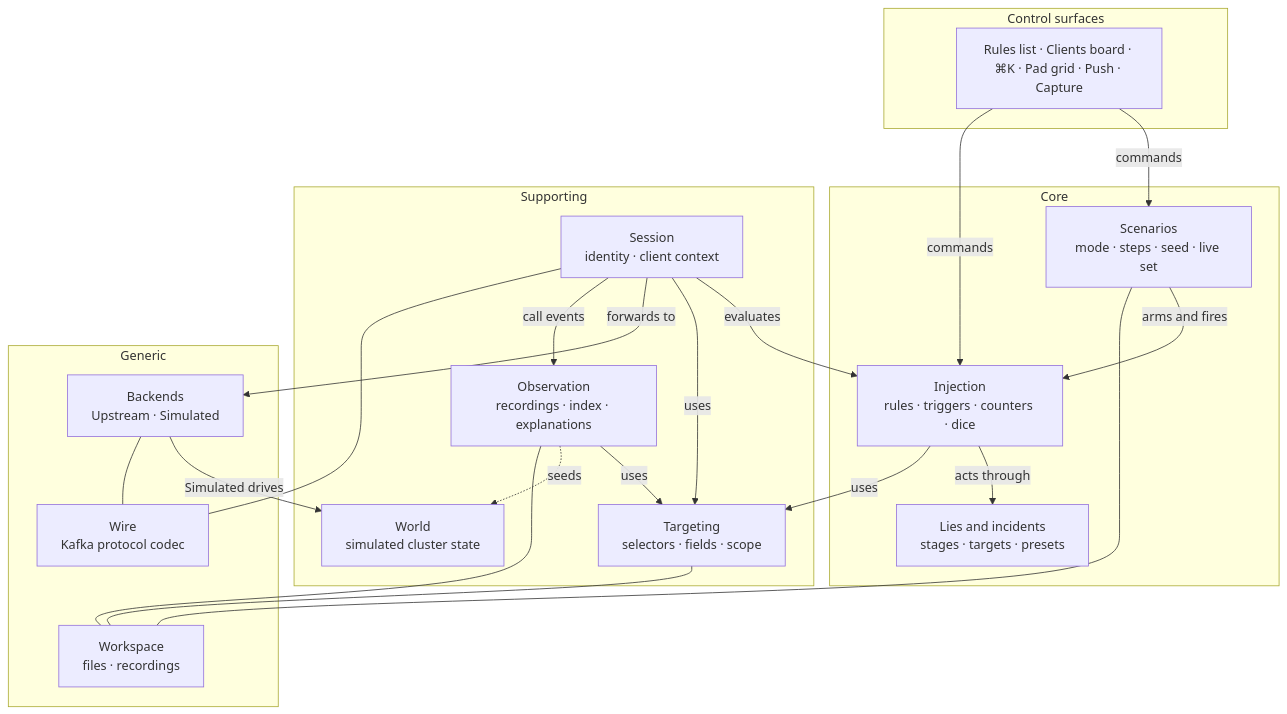
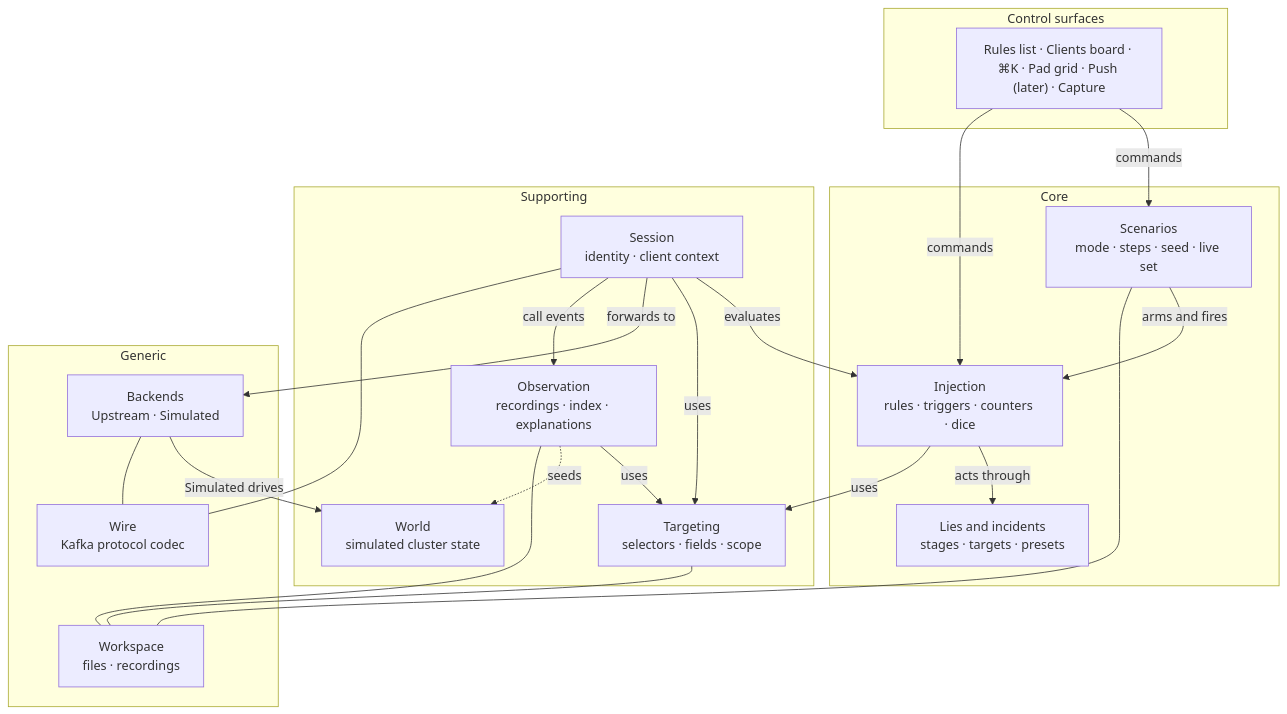
One commit to cruxy-eu/gaslightmq changed the diagram in docs/specs/townplan/README.md. Above: the diagram before and after it, drawn with Mermaid. The commit also changed other lines of this file and 8 other files, not shown here.

````diff
--- a/docs/specs/townplan/README.md
+++ b/docs/specs/townplan/README.md
@@ -9,43 +9,43 @@
 ```mermaid
 flowchart TB
   subgraph surfaces["Control surfaces"]
-    CS["Rules list · Clients board · ⌘K · Pad grid · Push · Capture"]
+    CS["Rules list · Clients board · ⌘K · Pad grid · Push (later) · Capture"]
   end
 
   subgraph core["Core"]
     SC["Scenarios<br/>mode · steps · seed · live set"]
     IN["Injection<br/>rules · triggers · counters · dice"]
     LI["Lies and incidents<br/>stages · targets · presets"]
   end
 
   subgraph support["Supporting"]
     TG["Targeting<br/>selectors · fields · scope"]
     SE["Session<br/>identity · client context"]
     OB["Observation<br/>recordings · index · explanations"]
     WO["World<br/>simulated cluster state"]
   end
 
   subgraph generic["Generic"]
     BE["Backends<br/>Upstream · Simulated"]
     WI["Wire<br/>Kafka protocol codec"]
     ST["Workspace<br/>files · recordings"]
   end
 
   CS -->|commands| SC
   CS -->|commands| IN
   SC -->|arms and fires| IN
   IN -->|acts through| LI
   IN -->|uses| TG
   SE -->|evaluates| IN
   SE -->|uses| TG
   SE -->|forwards to| BE
   BE -->|Simulated drives| WO
   SE -->|call events| OB
   OB -->|uses| TG
   OB -.->|seeds| WO
   SE --- WI
   BE --- WI
   SC --- ST
   TG --- ST
   OB --- ST
 ```
````
